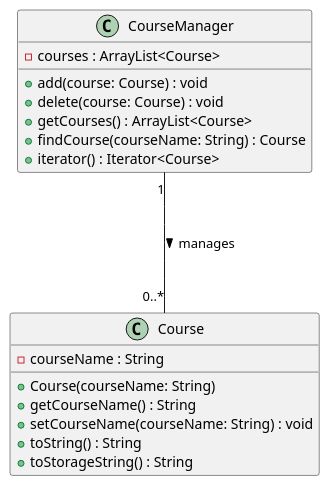
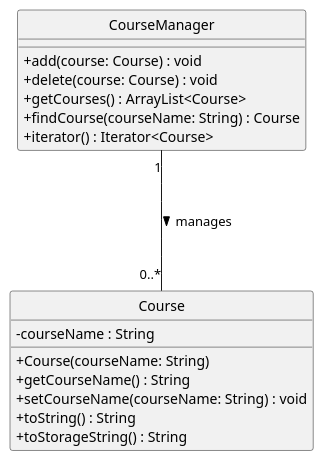
The diagram in docs/diagrams/CourseClassDiagram.puml (t-kandasami/tp), drawn with PlantUML before and after one commit. The commit also changed 2 other files, not shown here.

Commit message:
fix: Update CourseClassDiagram

```diff
--- a/docs/diagrams/CourseClassDiagram.puml
+++ b/docs/diagrams/CourseClassDiagram.puml
@@ -1,21 +1,23 @@
 @startuml
+skinparam ClassAttributeIconSize 0
+hide circle
+
 class Course {
     - courseName : String
     + Course(courseName: String)
     + getCourseName() : String
     + setCourseName(courseName: String) : void
     + toString() : String
     + toStorageString() : String
 }
 
 class CourseManager {
-    - courses : ArrayList<Course>
     + add(course: Course) : void
     + delete(course: Course) : void
     + getCourses() : ArrayList<Course>
     + findCourse(courseName: String) : Course
     + iterator() : Iterator<Course>
 }
 
 CourseManager "1" --- "0..*" Course : manages >
 @enduml
```
